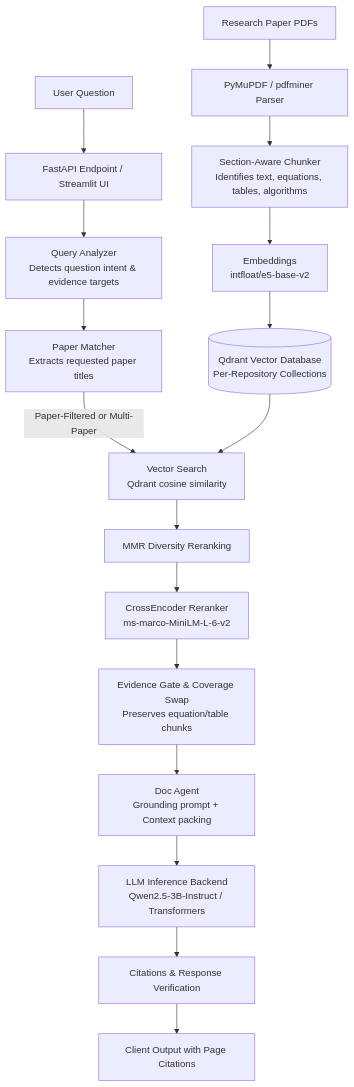
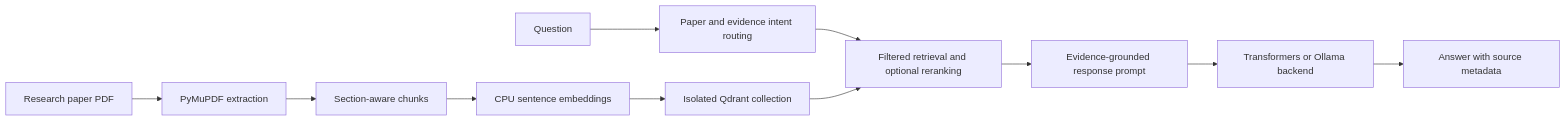
The diagram in README.md (likhith1253/DocRag), drawn with Mermaid before and after one commit. The commit also changed other lines of this file and 20 other files, not shown here.

````diff
--- a/README.md
+++ b/README.md
@@ -23,21 +80,13 @@
 ```mermaid
-flowchart TD
-    A[Research Paper PDFs] --> B[PyMuPDF / pdfminer Parser]
-    B --> C[Section-Aware Chunker\nIdentifies text, equations, tables, algorithms]
-    C --> D[Embeddings\nintfloat/e5-base-v2]
-    D --> E[(Qdrant Vector Database\nPer-Repository Collections)]
-
-    Q[User Question] --> R[FastAPI Endpoint / Streamlit UI]
-    R --> S[Query Analyzer\nDetects question intent & evidence targets]
-    S --> T[Paper Matcher\nExtracts requested paper titles]
-
-    T -->|Paper-Filtered or Multi-Paper| U[Vector Search\nQdrant cosine similarity]
-    E --> U
-    U --> V[MMR Diversity Reranking]
-    V --> W[CrossEncoder Reranker\nms-marco-MiniLM-L-6-v2]
-    W --> X[Evidence Gate & Coverage Swap\nPreserves equation/table chunks]
-    X --> Y[Doc Agent\nGrounding prompt + Context packing]
-    Y --> Z[LLM Inference Backend\nQwen2.5-3B-Instruct / Transformers]
-    Z --> CA[Citations & Response Verification]
-    CA --> CB[Client Output with Page Citations]
+flowchart LR
+  PDF[Research paper PDF] --> PARSE[PyMuPDF extraction]
+  PARSE --> CHUNK[Section-aware chunks]
+  CHUNK --> EMBED[CPU sentence embeddings]
+  EMBED --> STORE[Isolated Qdrant collection]
+  Q[Question] --> ROUTE[Paper and evidence intent routing]
+  ROUTE --> RET[Filtered retrieval and optional reranking]
+  STORE --> RET
+  RET --> GROUNDED[Evidence-grounded response prompt]
+  GROUNDED --> LLM[Transformers or Ollama backend]
+  LLM --> OUT[Answer with source metadata]
 ```
````
